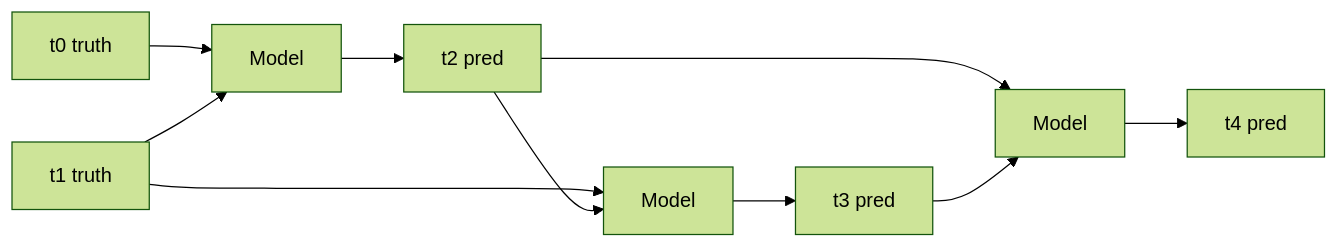
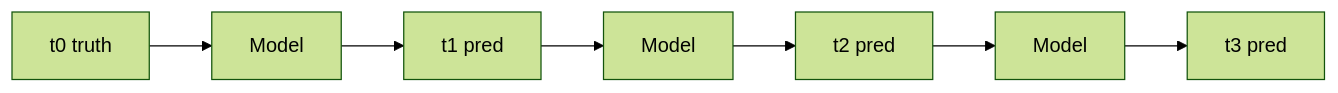
One commit to binbinao/physicsnemo-from-zero-to-one changed the diagram in book/ch06.md. Above: the diagram before and after it, drawn with Mermaid (forest theme). The commit also changed other lines of this file and 7 other files, not shown here.

````diff
--- a/book/ch06.md
+++ b/book/ch06.md
@@ -254,12 +262,9 @@
 ```mermaid
 flowchart LR
     A[t0 truth] --> M1[Model]
-    B[t1 truth] --> M1
-    M1 --> C[t2 pred]
+    M1 --> B[t1 pred]
     B --> M2[Model]
-    C --> M2
-    M2 --> D[t3 pred]
+    M2 --> C[t2 pred]
     C --> M3[Model]
-    D --> M3
-    M3 --> E[t4 pred]
+    M3 --> D[t3 pred]
 ```
````
